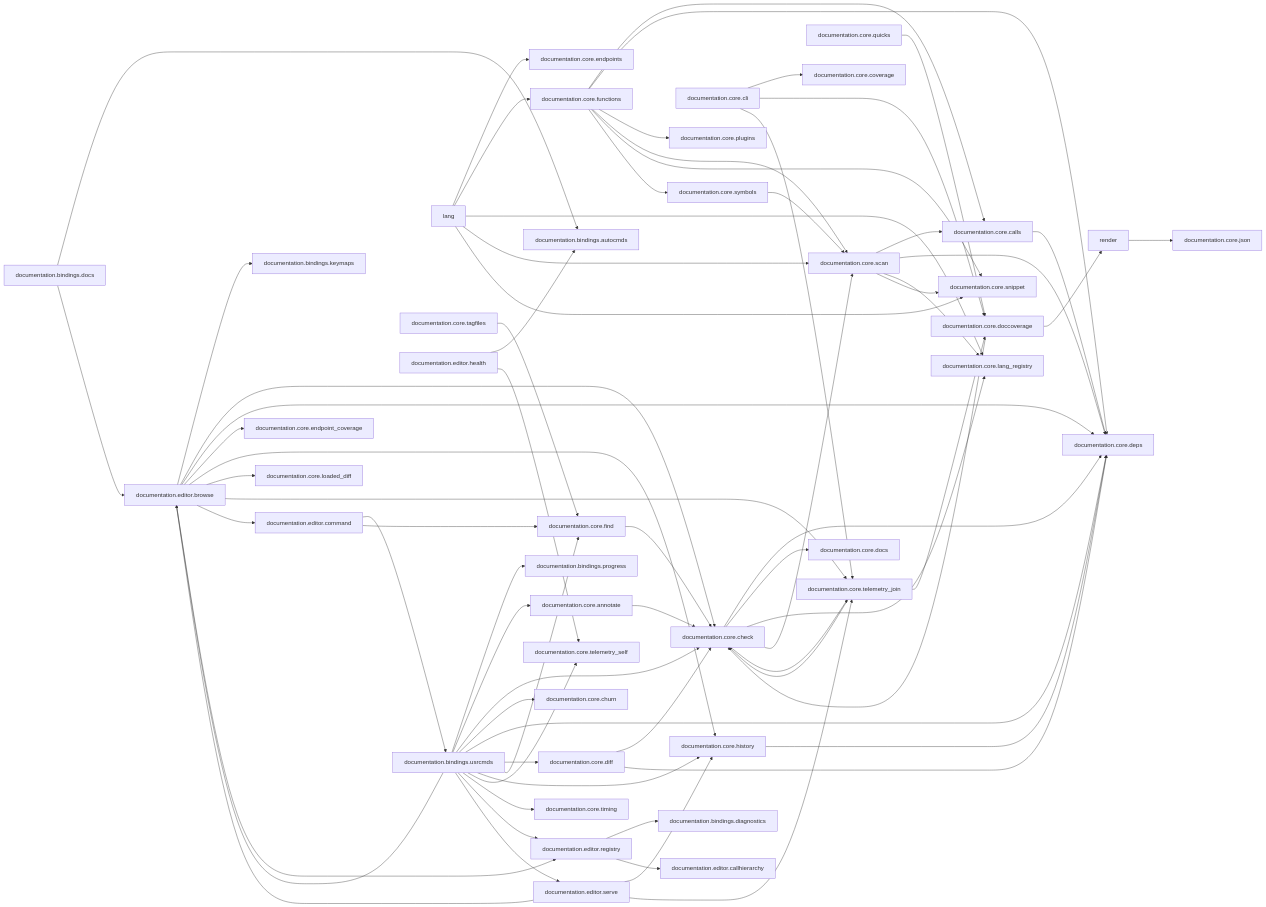
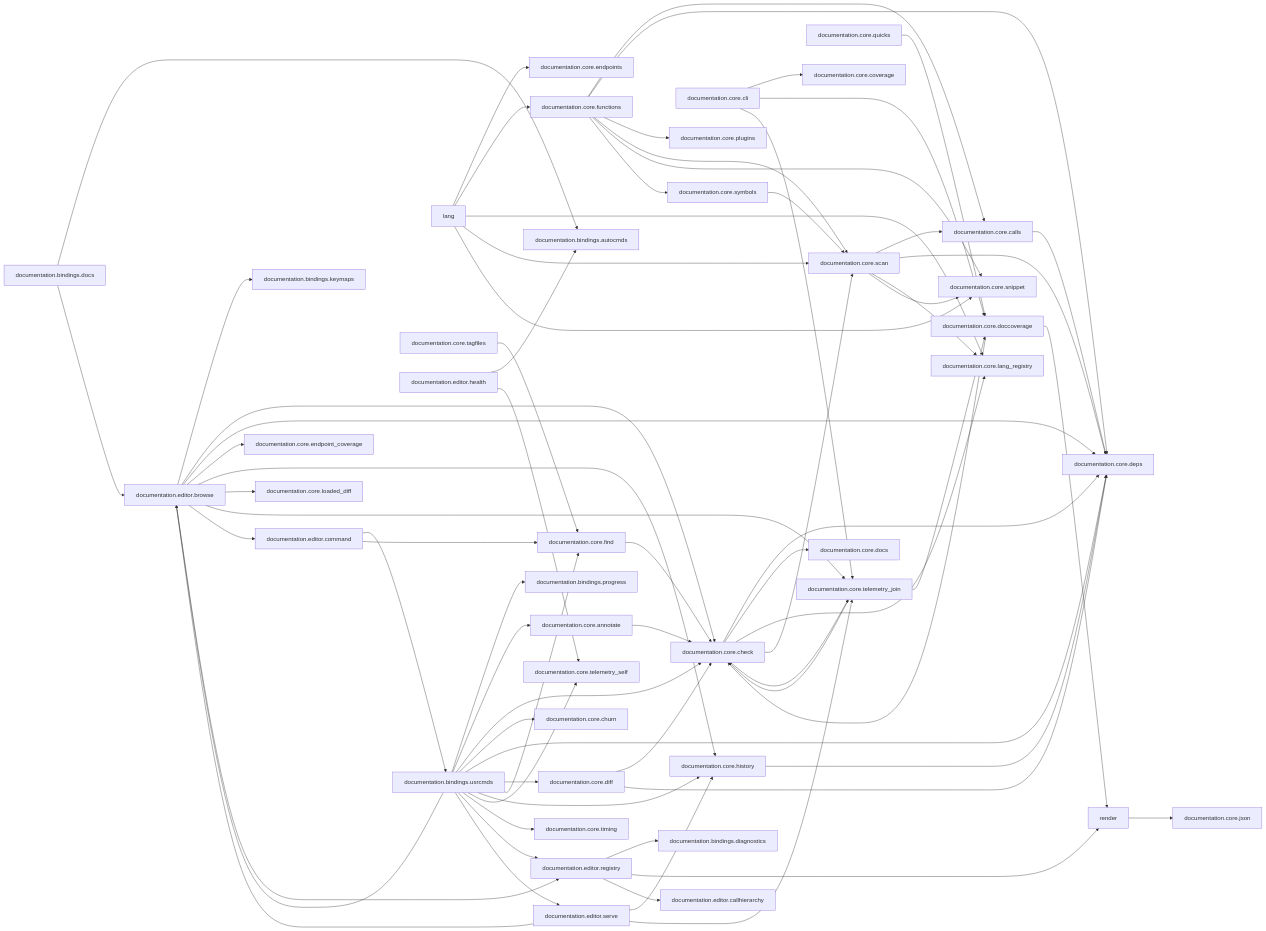
The second of 2 diagrams in docs/map/overview.md (StefanBartl/documentation.nvim), drawn with Mermaid before and after one commit. The commit also changed other lines of this file and 13 other files, not shown here.

```diff
--- a/docs/map/overview.md
+++ b/docs/map/overview.md
@@ -148,6 +148,7 @@
   nlua_documentation_editor_health_lua --> nlua_documentation_bindings_autocmds_lua
   nlua_documentation_editor_health_lua --> nlua_documentation_core_telemetry_self_lua
   nlua_documentation_editor_registry_lua --> nlua_documentation_bindings_diagnostics_lua
+  nlua_documentation_editor_registry_lua --> nlua_documentation_core_render
   nlua_documentation_editor_registry_lua --> nlua_documentation_editor_callhierarchy_lua
   nlua_documentation_editor_serve_lua --> nlua_documentation_core_history_lua
   nlua_documentation_editor_serve_lua --> nlua_documentation_core_telemetry_join_lua
```
